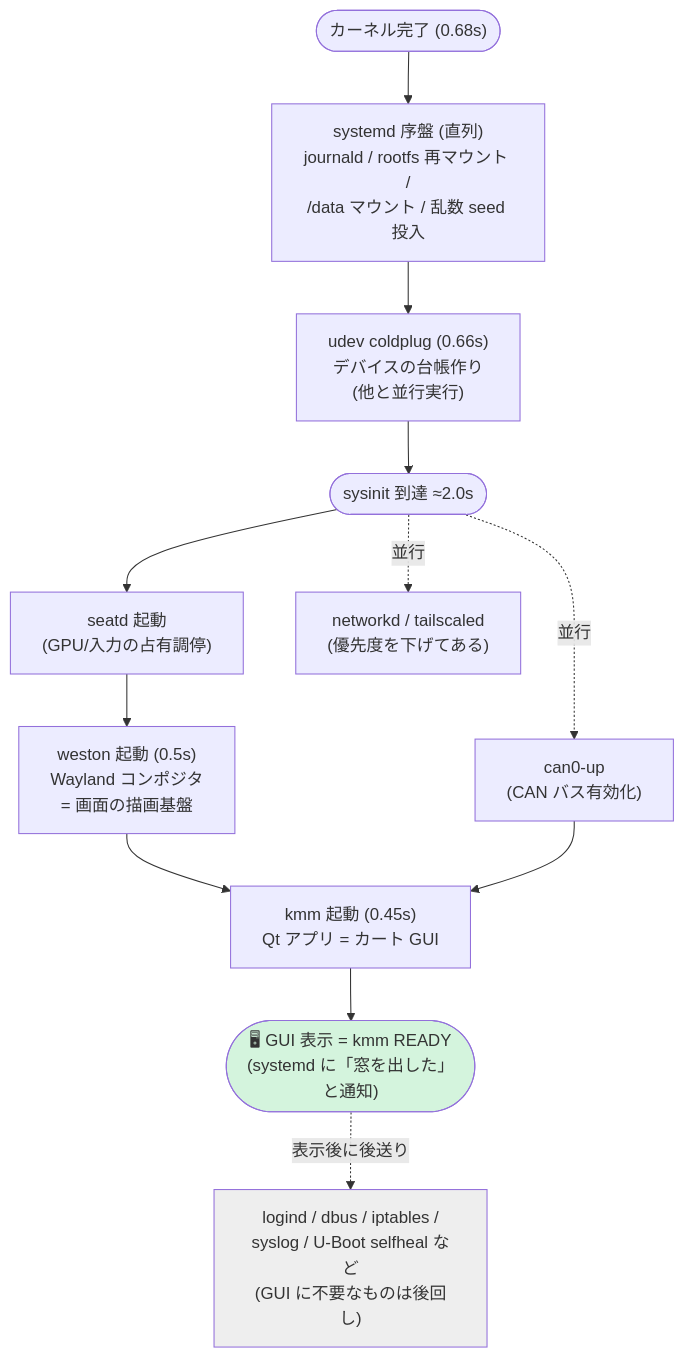
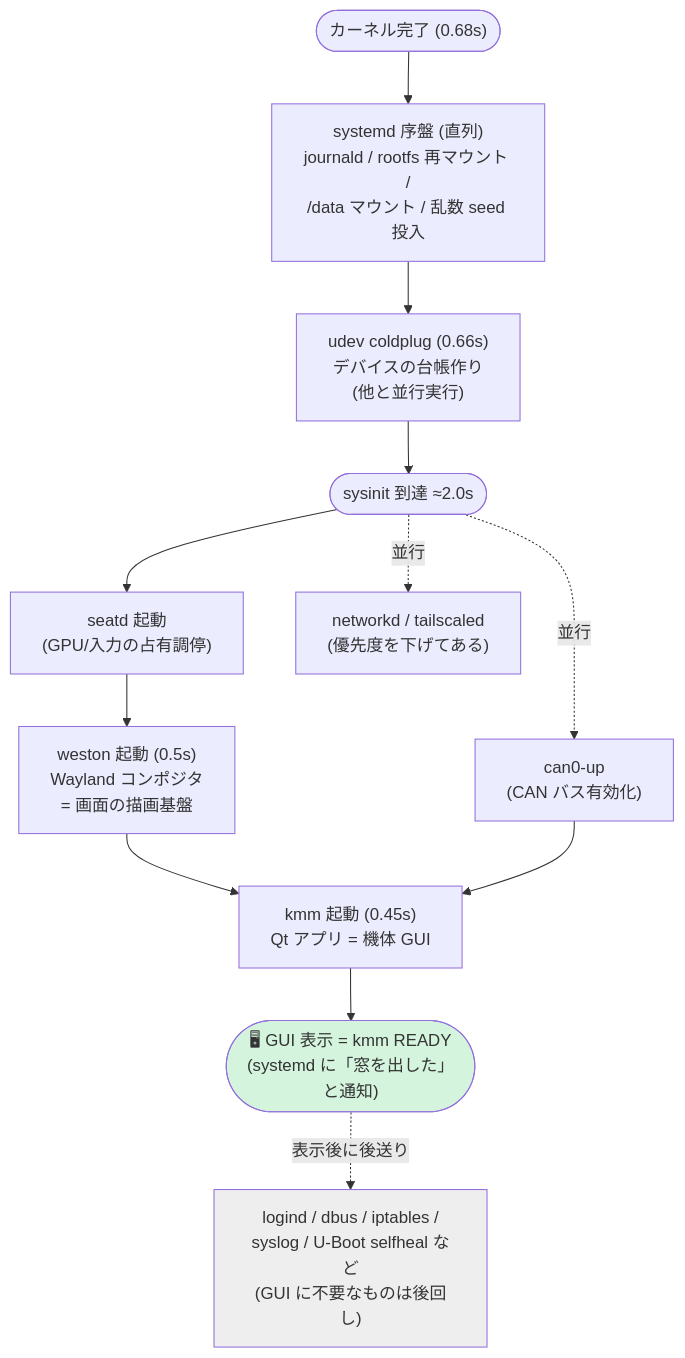
Before and after one commit to KART-Software/kmm-yocto: the fifth of 7 diagrams in docs/imx8mm-xpi-bringup/09-boot-sequence.md, drawn with Mermaid. The commit also changed other lines of this file and 241 other files, not shown here.

````diff
--- a/docs/imx8mm-xpi-bringup/09-boot-sequence.md
+++ b/docs/imx8mm-xpi-bringup/09-boot-sequence.md
@@ -211,17 +211,17 @@
 ```mermaid
 flowchart TD
     K(["カーネル完了 (0.68s)"]) --> EARLY["systemd 序盤 (直列)<br/>journald / rootfs 再マウント /<br/>/data マウント / 乱数 seed 投入"]
     EARLY --> UDEV["udev coldplug (0.66s)<br/>デバイスの台帳作り<br/>(他と並行実行)"]
     UDEV --> SYS(["sysinit 到達 ≈2.0s"])
     SYS --> SEATD["seatd 起動<br/>(GPU/入力の占有調停)"]
     SEATD --> W["weston 起動 (0.5s)<br/>Wayland コンポジタ<br/>= 画面の描画基盤"]
     SYS -.->|"並行"| NET["networkd / tailscaled<br/>(優先度を下げてある)"]
     SYS -.->|"並行"| CAN["can0-up<br/>(CAN バス有効化)"]
-    W --> KMM["kmm 起動 (0.45s)<br/>Qt アプリ = カート GUI"]
+    W --> KMM["kmm 起動 (0.45s)<br/>Qt アプリ = 機体 GUI"]
     CAN --> KMM
     KMM --> GUI(["🖥 GUI 表示 = kmm READY<br/>(systemd に「窓を出した」と通知)"])
     GUI -.->|"表示後に後送り"| LATE["logind / dbus / iptables /<br/>syslog / U-Boot selfheal など<br/>(GUI に不要なものは後回し)"]
 
     style GUI fill:#d4f4dd
     style LATE fill:#eeeeee
 ```
````
